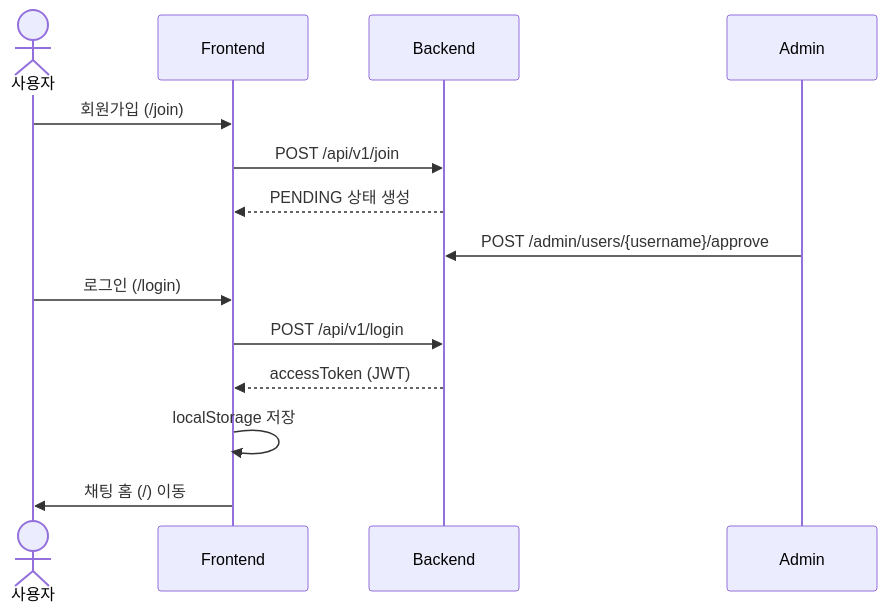
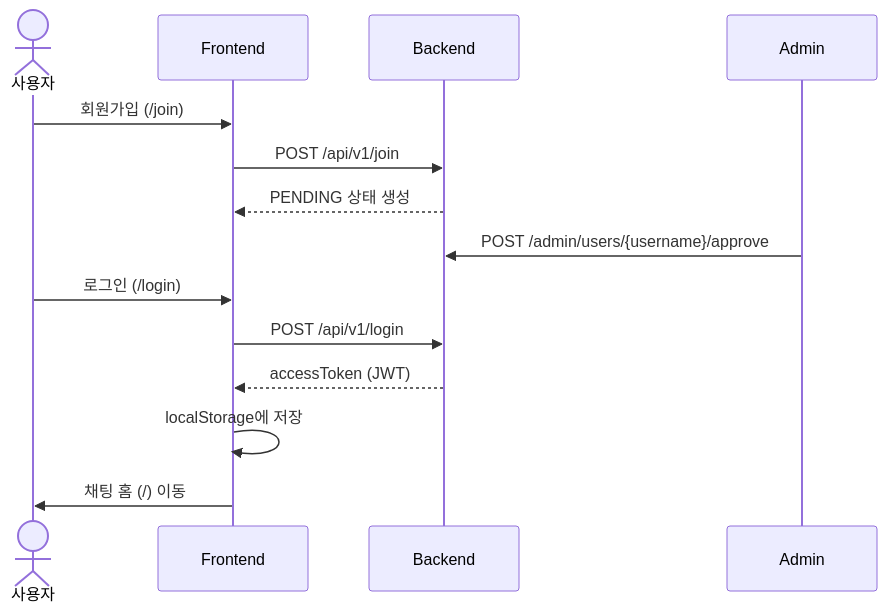
Before and after one commit to skyleedevzero86/studyKotlin: the fourth of 7 diagrams in ko_chat/README.md, drawn with Mermaid. The commit also changed other lines of this file and 16 other files, not shown here.

````diff
--- a/ko_chat/README.md
+++ b/ko_chat/README.md
@@ -416,17 +500,17 @@
 ```mermaid
 sequenceDiagram
     actor U as 사용자
     participant F as Frontend
     participant B as Backend
     participant A as Admin
 
     U->>F: 회원가입 (/join)
     F->>B: POST /api/v1/join
     B-->>F: PENDING 상태 생성
     A->>B: POST /admin/users/{username}/approve
     U->>F: 로그인 (/login)
     F->>B: POST /api/v1/login
     B-->>F: accessToken (JWT)
-    F->>F: localStorage 저장
+    F->>F: localStorage에 저장
     F->>U: 채팅 홈 (/) 이동
 ```
````
